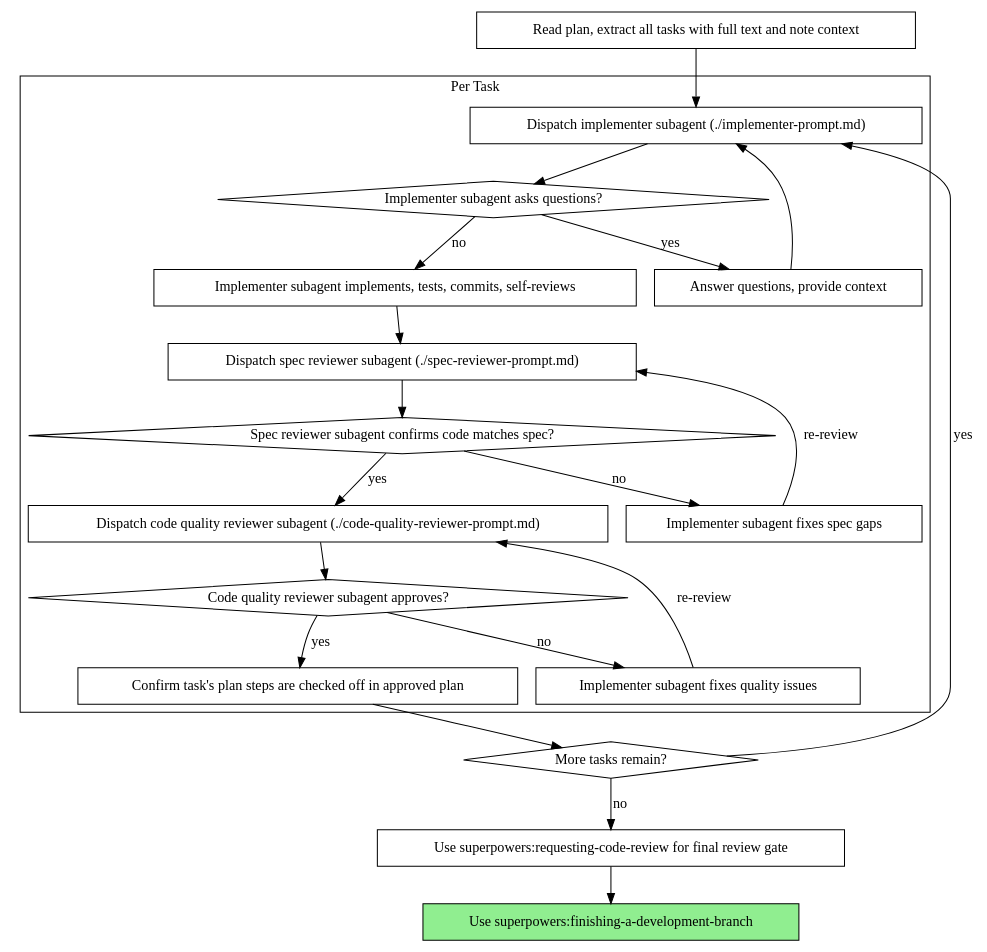
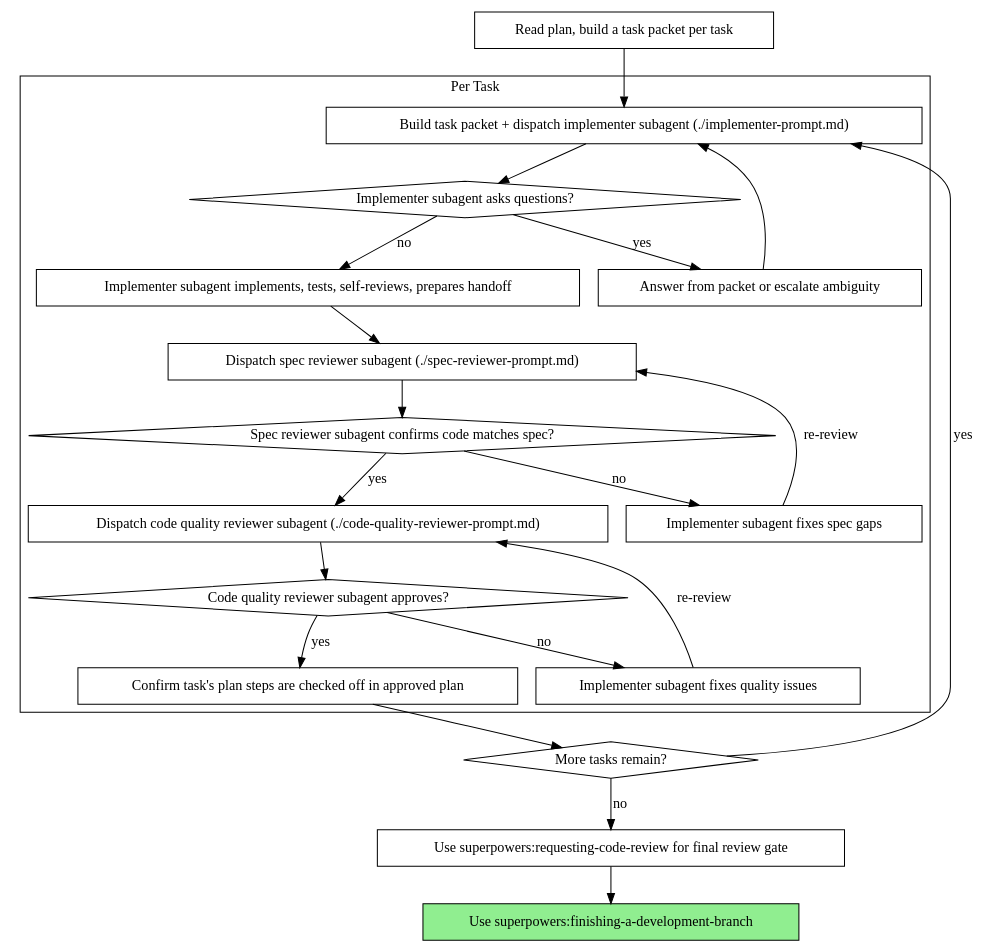
Before and after one commit to obra/superpowers: the second of 2 diagrams in skills/subagent-driven-development/SKILL.md, drawn with Graphviz. The commit also changed other lines of this file and 55 other files, not shown here.

First line of the commit message:
Finalize task fidelity design spec and improve contract coverage (#12)

````diff
--- a/skills/subagent-driven-development/SKILL.md
+++ b/skills/subagent-driven-development/SKILL.md
@@ -148,44 +148,44 @@
 ```dot
 digraph process {
     rankdir=TB;
 
     subgraph cluster_per_task {
         label="Per Task";
-        "Dispatch implementer subagent (./implementer-prompt.md)" [shape=box];
+        "Build task packet + dispatch implementer subagent (./implementer-prompt.md)" [shape=box];
         "Implementer subagent asks questions?" [shape=diamond];
-        "Answer questions, provide context" [shape=box];
-        "Implementer subagent implements, tests, commits, self-reviews" [shape=box];
+        "Answer from packet or escalate ambiguity" [shape=box];
+        "Implementer subagent implements, tests, self-reviews, prepares handoff" [shape=box];
         "Dispatch spec reviewer subagent (./spec-reviewer-prompt.md)" [shape=box];
         "Spec reviewer subagent confirms code matches spec?" [shape=diamond];
         "Implementer subagent fixes spec gaps" [shape=box];
         "Dispatch code quality reviewer subagent (./code-quality-reviewer-prompt.md)" [shape=box];
         "Code quality reviewer subagent approves?" [shape=diamond];
         "Implementer subagent fixes quality issues" [shape=box];
         "Confirm task's plan steps are checked off in approved plan" [shape=box];
     }
 
-    "Read plan, extract all tasks with full text and note context" [shape=box];
+    "Read plan, build a task packet per task" [shape=box];
     "More tasks remain?" [shape=diamond];
     "Use superpowers:requesting-code-review for final review gate" [shape=box];
     "Use superpowers:finishing-a-development-branch" [shape=box style=filled fillcolor=lightgreen];
 
-    "Read plan, extract all tasks with full text and note context" -> "Dispatch implementer subagent (./implementer-prompt.md)";
-    "Dispatch implementer subagent (./implementer-prompt.md)" -> "Implementer subagent asks questions?";
-    "Implementer subagent asks questions?" -> "Answer questions, provide context" [label="yes"];
-    "Answer questions, provide context" -> "Dispatch implementer subagent (./implementer-prompt.md)";
-    "Implementer subagent asks questions?" -> "Implementer subagent implements, tests, commits, self-reviews" [label="no"];
-    "Implementer subagent implements, tests, commits, self-reviews" -> "Dispatch spec reviewer subagent (./spec-reviewer-prompt.md)";
+    "Read plan, build a task packet per task" -> "Build task packet + dispatch implementer subagent (./implementer-prompt.md)";
+    "Build task packet + dispatch implementer subagent (./implementer-prompt.md)" -> "Implementer subagent asks questions?";
+    "Implementer subagent asks questions?" -> "Answer from packet or escalate ambiguity" [label="yes"];
+    "Answer from packet or escalate ambiguity" -> "Build task packet + dispatch implementer subagent (./implementer-prompt.md)";
+    "Implementer subagent asks questions?" -> "Implementer subagent implements, tests, self-reviews, prepares handoff" [label="no"];
+    "Implementer subagent implements, tests, self-reviews, prepares handoff" -> "Dispatch spec reviewer subagent (./spec-reviewer-prompt.md)";
     "Dispatch spec reviewer subagent (./spec-reviewer-prompt.md)" -> "Spec reviewer subagent confirms code matches spec?";
     "Spec reviewer subagent confirms code matches spec?" -> "Implementer subagent fixes spec gaps" [label="no"];
     "Implementer subagent fixes spec gaps" -> "Dispatch spec reviewer subagent (./spec-reviewer-prompt.md)" [label="re-review"];
     "Spec reviewer subagent confirms code matches spec?" -> "Dispatch code quality reviewer subagent (./code-quality-reviewer-prompt.md)" [label="yes"];
     "Dispatch code quality reviewer subagent (./code-quality-reviewer-prompt.md)" -> "Code quality reviewer subagent approves?";
     "Code quality reviewer subagent approves?" -> "Implementer subagent fixes quality issues" [label="no"];
     "Implementer subagent fixes quality issues" -> "Dispatch code quality reviewer subagent (./code-quality-reviewer-prompt.md)" [label="re-review"];
     "Code quality reviewer subagent approves?" -> "Confirm task's plan steps are checked off in approved plan" [label="yes"];
     "Confirm task's plan steps are checked off in approved plan" -> "More tasks remain?";
-    "More tasks remain?" -> "Dispatch implementer subagent (./implementer-prompt.md)" [label="yes"];
+    "More tasks remain?" -> "Build task packet + dispatch implementer subagent (./implementer-prompt.md)" [label="yes"];
     "More tasks remain?" -> "Use superpowers:requesting-code-review for final review gate" [label="no"];
     "Use superpowers:requesting-code-review for final review gate" -> "Use superpowers:finishing-a-development-branch";
 }
 ```
````
